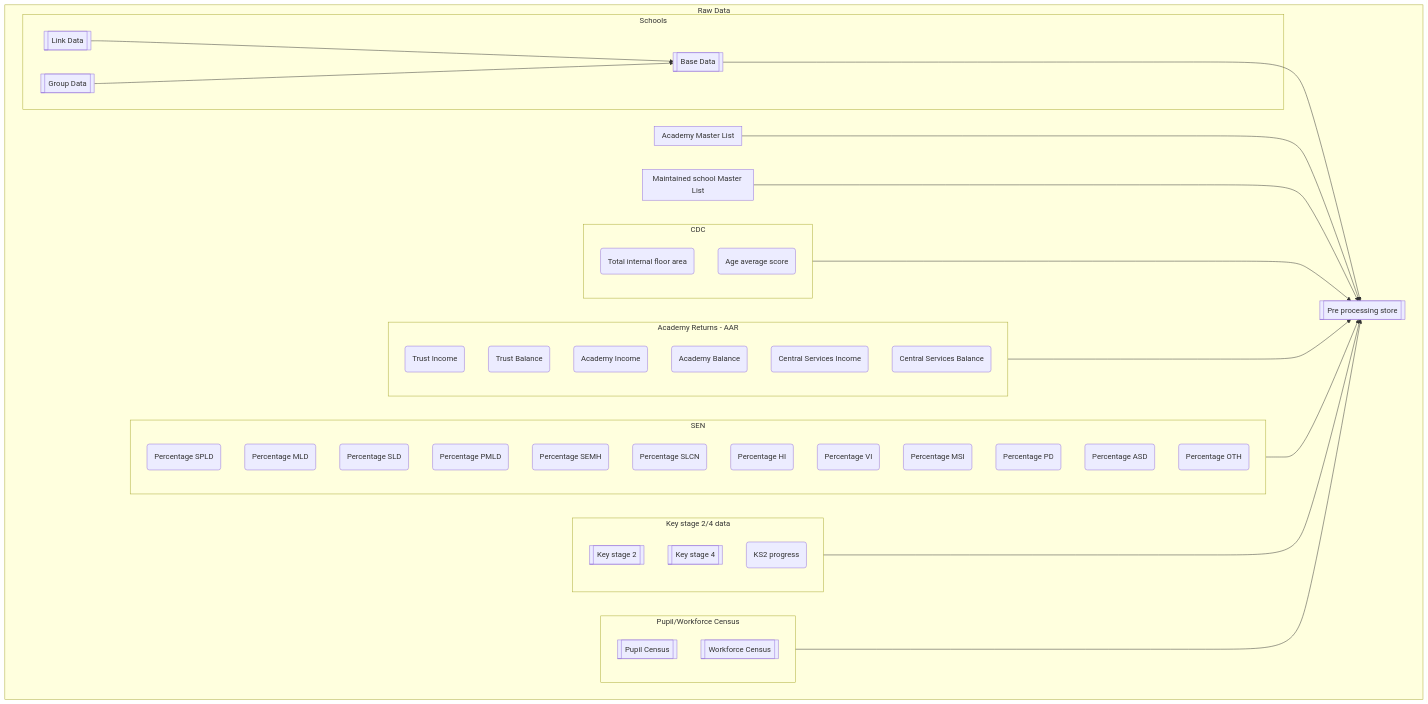
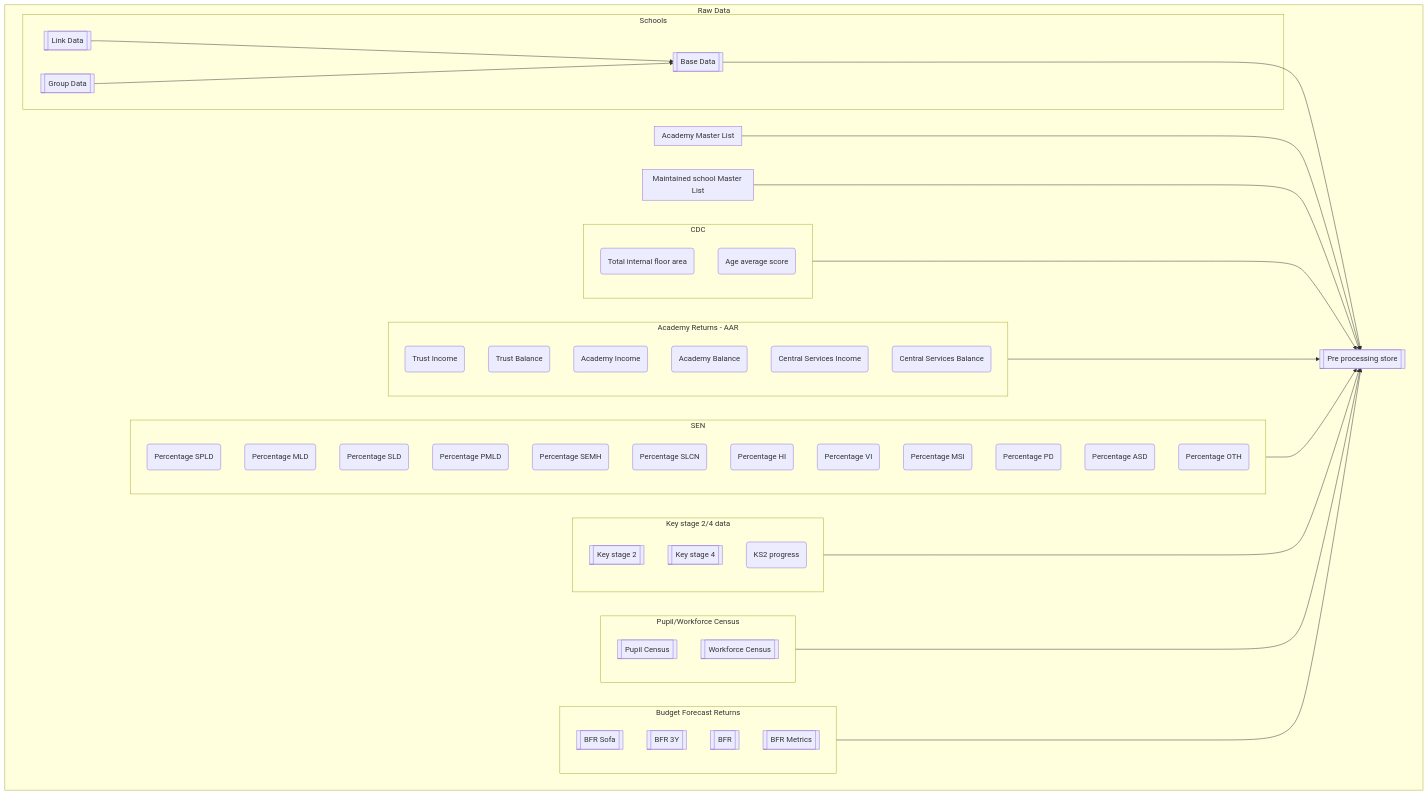
The second of 7 diagrams in documentation/architecture/10_Data-Processing.md (DFE-Digital/education-benchmarking-and-insights), drawn with Mermaid before and after one commit. The commit also changed other lines of this file, not shown here.

Commit message:
chore: Updating docs to include BFR processing

````diff
--- a/documentation/architecture/10_Data-Processing.md
+++ b/documentation/architecture/10_Data-Processing.md
@@ -73,72 +76,80 @@
 ```mermaid
 flowchart TD
     ppstore[["Pre processing store"]]
     
     subgraph raw [Raw Data]
         subgraph cdc [CDC]
             tifa_income("Total internal floor area")
             aas_balance("Age average score")
         end
         
         subgraph GIAS [Schools]
             gias[["Base Data"]]
             links[["Link Data"]]
             fed[["Group Data"]]
 
             links --> gias
             fed --> gias
         end
 
         subgraph AML [Academy Master List]
         end
 
         subgraph MS [Maintained school Master List]
         end
 
         subgraph aar [Academy Returns - AAR]
             trust_income("Trust Income")
             trust_balance("Trust Balance")
             acad_income("Academy Income")
             acad_balance("Academy Balance")
             cs_income("Central Services Income")
             cs_balance("Central Services Balance")
         end
 
         subgraph sen [SEN]
             spld("Percentage SEN")
             spld("Percentage SPLD")
             mld("Percentage MLD")
             sld("Percentage SLD")
             pmld("Percentage PMLD")
             semh("Percentage SEMH")
             slcn("Percentage SLCN")
             hi("Percentage HI")
             vi("Percentage VI")
             msi("Percentage MSI")
             pd("Percentage PD")
             asd("Percentage ASD")
             oth("Percentage OTH")
         end
         
         subgraph ks [Key stage 2/4 data]
             ks2[["Key stage 2"]]
             ks4[["Key stage 4"]]
 
             ks2prog("KS2 progress")
         end
 
         subgraph census [Pupil/Workforce Census]
             pupil_census[["Pupil Census"]]
             wf_census[["Workforce Census"]]
         end
+
+        subgraph bfr [Budget Forecast Returns]
+            bfr_sofa[["BFR Sofa"]]
+            bfr_3y[["BFR 3Y"]]
+            bfr_bfr[["BFR"]]
+            bfr_metrics[["BFR Metrics"]]
+        end
         
         cdc --> ppstore
         gias --> ppstore
         AML --> ppstore
         MS --> ppstore
         aar --> ppstore
         sen --> ppstore
         ks --> ppstore
         census --> ppstore
+        bfr --> ppstore
     end
 ```
````
